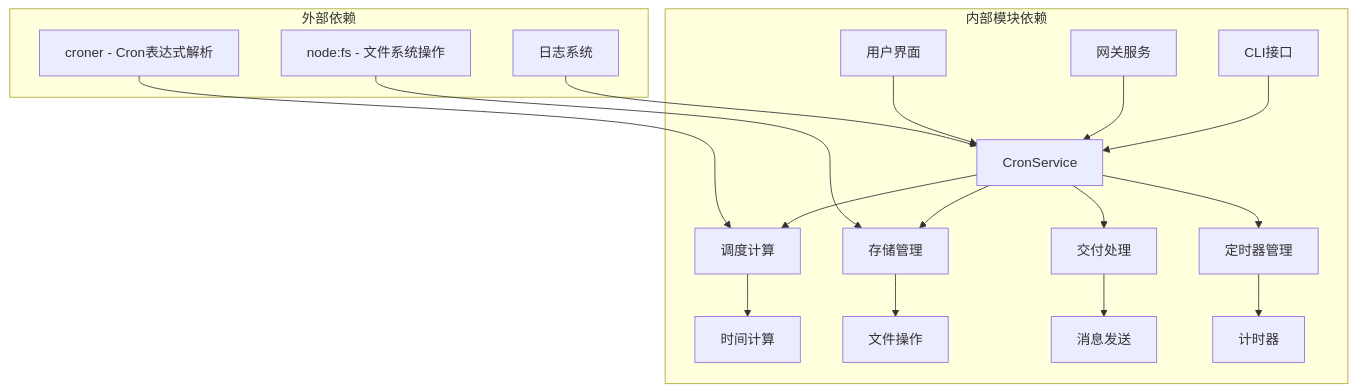
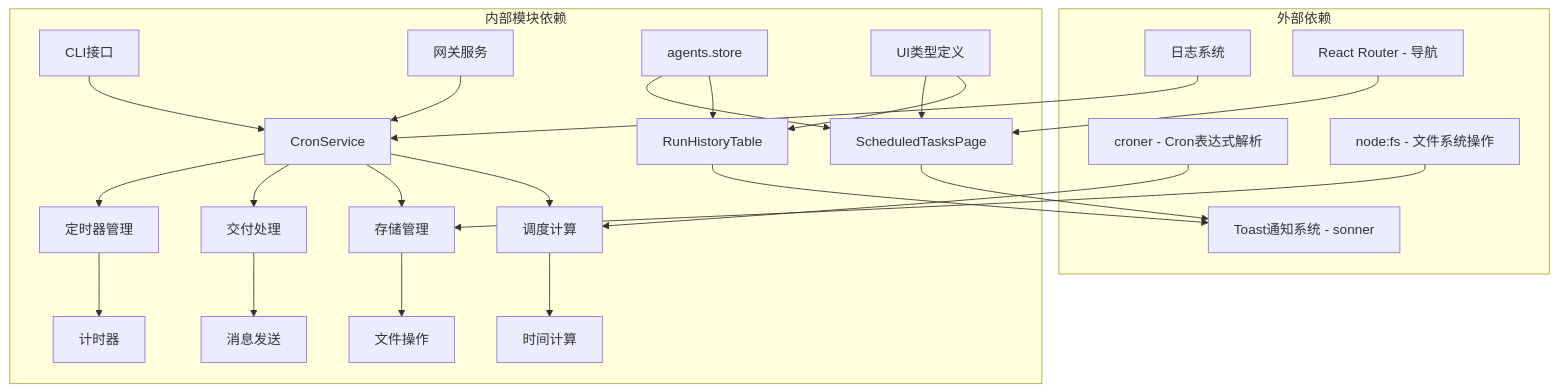
One commit to verse-ai-org/openclaw changed diagram 11 of 13 in .qoder/repowiki/zh/content/Web界面/定时任务管理系统/定时任务管理系统.md. Above: the diagram before and after it, drawn with Mermaid. The commit also changed other lines of this file and 55 other files, not shown here.

````diff
--- a/.qoder/repowiki/zh/content/Web界面/定时任务管理系统/定时任务管理系统.md
+++ b/.qoder/repowiki/zh/content/Web界面/定时任务管理系统/定时任务管理系统.md
@@ -368,24 +512,32 @@
 ```mermaid
 graph TB
 subgraph "外部依赖"
 A[croner - Cron表达式解析]
 B[node:fs - 文件系统操作]
 C[日志系统]
+D[Toast通知系统 - sonner]
+E[React Router - 导航]
 end
 subgraph "内部模块依赖"
-D[CronService] --> E[调度计算]
-D --> F[存储管理]
-D --> G[交付处理]
-D --> H[定时器管理]
-E --> I[时间计算]
-F --> J[文件操作]
-G --> K[消息发送]
-H --> L[计时器]
-M[CLI接口] --> D
-N[网关服务] --> D
-O[用户界面] --> D
+F[CronService] --> G[调度计算]
+F --> H[存储管理]
+F --> I[交付处理]
+F --> J[定时器管理]
+G --> K[时间计算]
+H --> L[文件操作]
+I --> M[消息发送]
+J --> N[计时器]
+O[CLI接口] --> F
+P[网关服务] --> F
+Q[RunHistoryTable] --> D
+R[ScheduledTasksPage] --> D
+S[agents.store] --> Q
+S --> R
+T[UI类型定义] --> Q
+T --> R
 end
-A --> E
-B --> F
-C --> D
+A --> G
+B --> H
+C --> F
+E --> R
 ```
````
